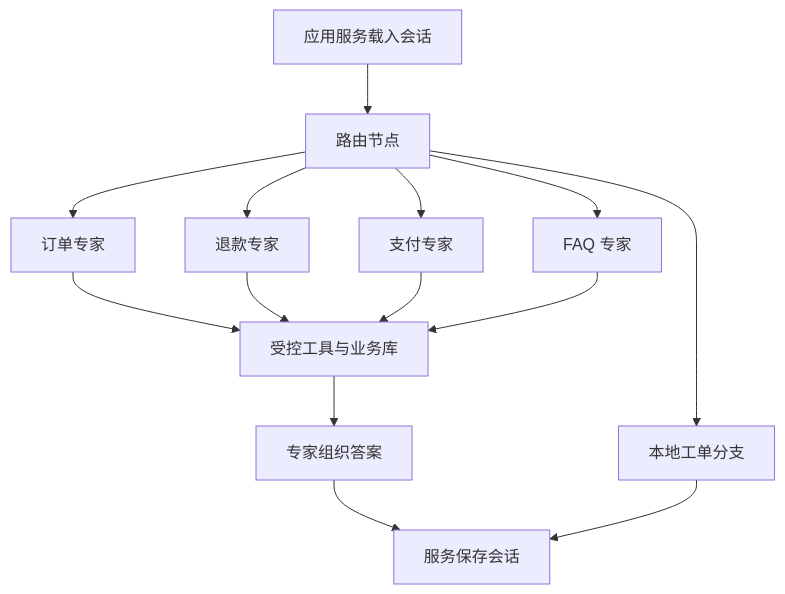
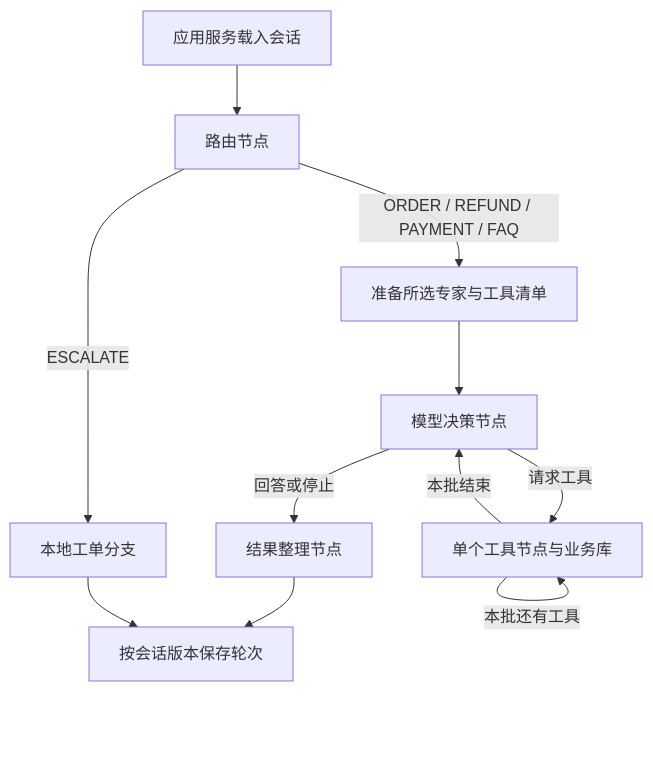
Before and after one commit to SumanaWu/ecommerce-support-agent: the diagram in README.md, drawn with Mermaid. The commit also changed other lines of this file and 37 other files, not shown here.

````diff
--- a/README.md
+++ b/README.md
@@ -282,16 +437,13 @@
 ```mermaid
 flowchart TD
     S[应用服务载入会话] --> R[路由节点]
-    R --> O[订单专家]
-    R --> F[退款专家]
-    R --> P[支付专家]
-    R --> Q[FAQ 专家]
-    R --> E[本地工单分支]
-    O --> T[受控工具与业务库]
-    F --> T
-    P --> T
-    Q --> T
-    T --> A[专家组织答案]
-    A --> M[服务保存会话]
+    R -->|ORDER / REFUND / PAYMENT / FAQ| P[准备所选专家与工具清单]
+    P --> D[模型决策节点]
+    D -->|请求工具| T[单个工具节点与业务库]
+    T -->|本批还有工具| T
+    T -->|本批结束| D
+    D -->|回答或停止| A[结果整理节点]
+    A --> M[按会话版本保存轮次]
+    R -->|ESCALATE| E[本地工单分支]
     E --> M
 ```
````
